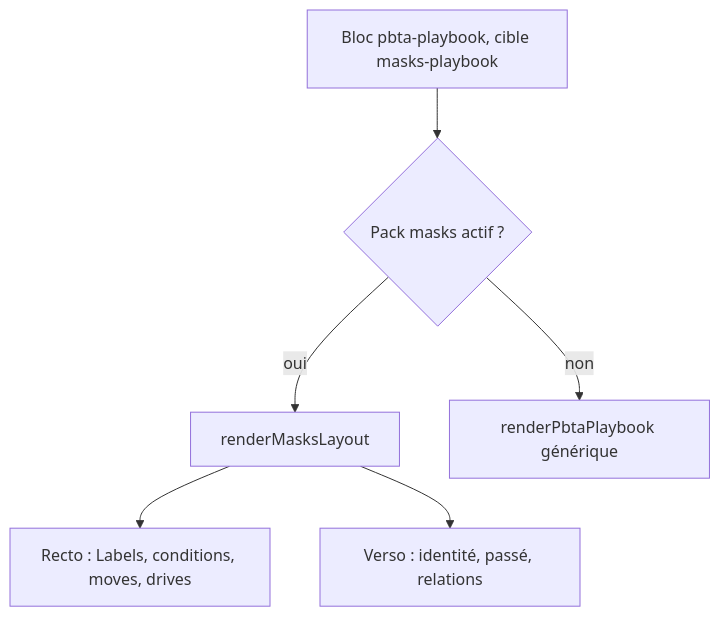
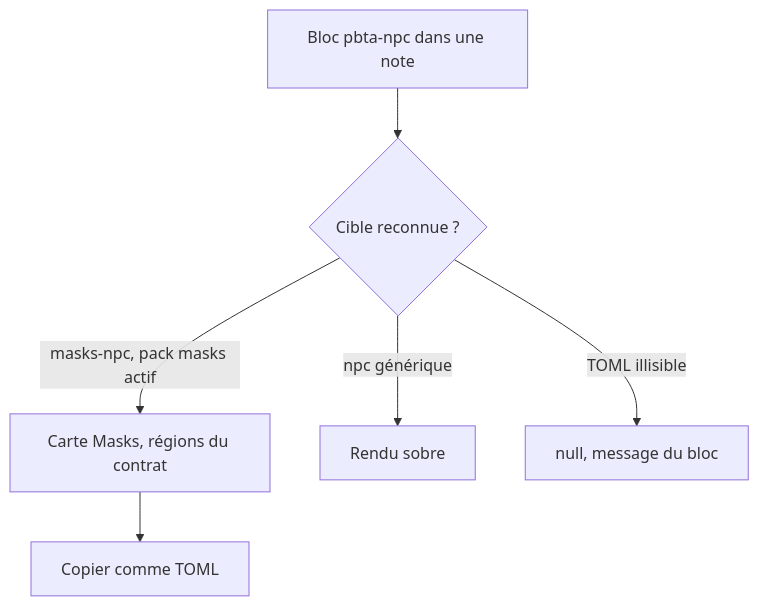
Before and after one commit to RebelliousSmile/obsidian-handbook: the first of 2 diagrams in aidd_docs/tasks/2026_10/2026_10_07_masks-2e-integration/phase-5.md, drawn with Mermaid. The commit also changed other lines of this file and 39 other files, not shown here.

````diff
--- a/aidd_docs/tasks/2026_10/2026_10_07_masks-2e-integration/phase-5.md
+++ b/aidd_docs/tasks/2026_10/2026_10_07_masks-2e-integration/phase-5.md
@@ -27,8 +42,8 @@
 ```mermaid
 flowchart TD
-  A[Bloc pbta-playbook, cible masks-playbook] --> B{Pack masks actif ?}
-  B -->|oui| C[renderMasksLayout]
-  B -->|non| D[renderPbtaPlaybook générique]
-  C --> E[Recto : Labels, conditions, moves, drives]
-  C --> F[Verso : identité, passé, relations]
+  A[Bloc pbta-npc dans une note] --> B{Cible reconnue ?}
+  B -->|masks-npc, pack masks actif| C[Carte Masks, régions du contrat]
+  B -->|npc générique| D[Rendu sobre]
+  B -->|TOML illisible| E[null, message du bloc]
+  C --> F[Copier comme TOML]
 ```
````
